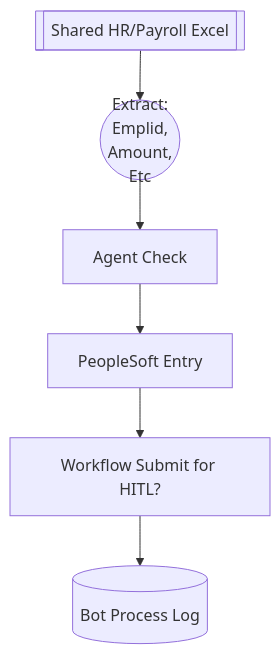
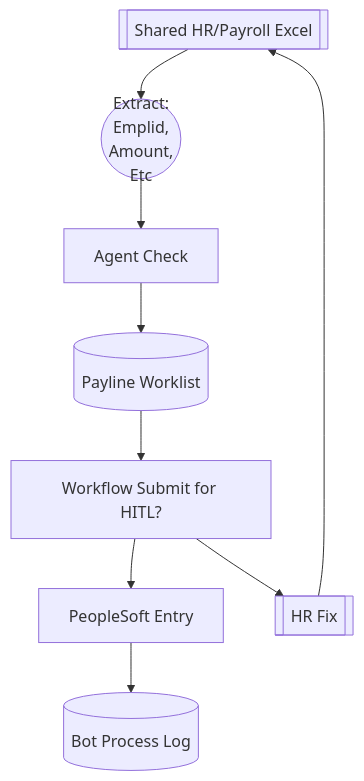
Before and after one commit to bobgdickson/khsd-ap-bots: the diagram in docs/payroll/payline_flow.md, drawn with Mermaid. The commit also changed other lines of this file and 2 other files, not shown here.

Commit message:
Payline in progress

````diff
--- a/docs/payroll/payline_flow.md
+++ b/docs/payroll/payline_flow.md
@@ -1,11 +1,14 @@
 ```mermaid
 flowchart TD
 A[[Shared HR/Payroll Excel]]-->B(("Extract: 
 Emplid,     
 Amount, 
 Etc"))
 B-->F[Agent Check]
-F-->C[PeopleSoft Entry]
-C-->D[Workflow Submit for HITL?]
-D-->E[(Bot Process Log)]
+F-->G[(Payline Worklist)]
+D-->C[PeopleSoft Entry]
+G-->D[Workflow Submit for HITL?]
+C-->E[(Bot Process Log)]
+D-->H[[HR Fix]]
+H-->A
 ```
````
